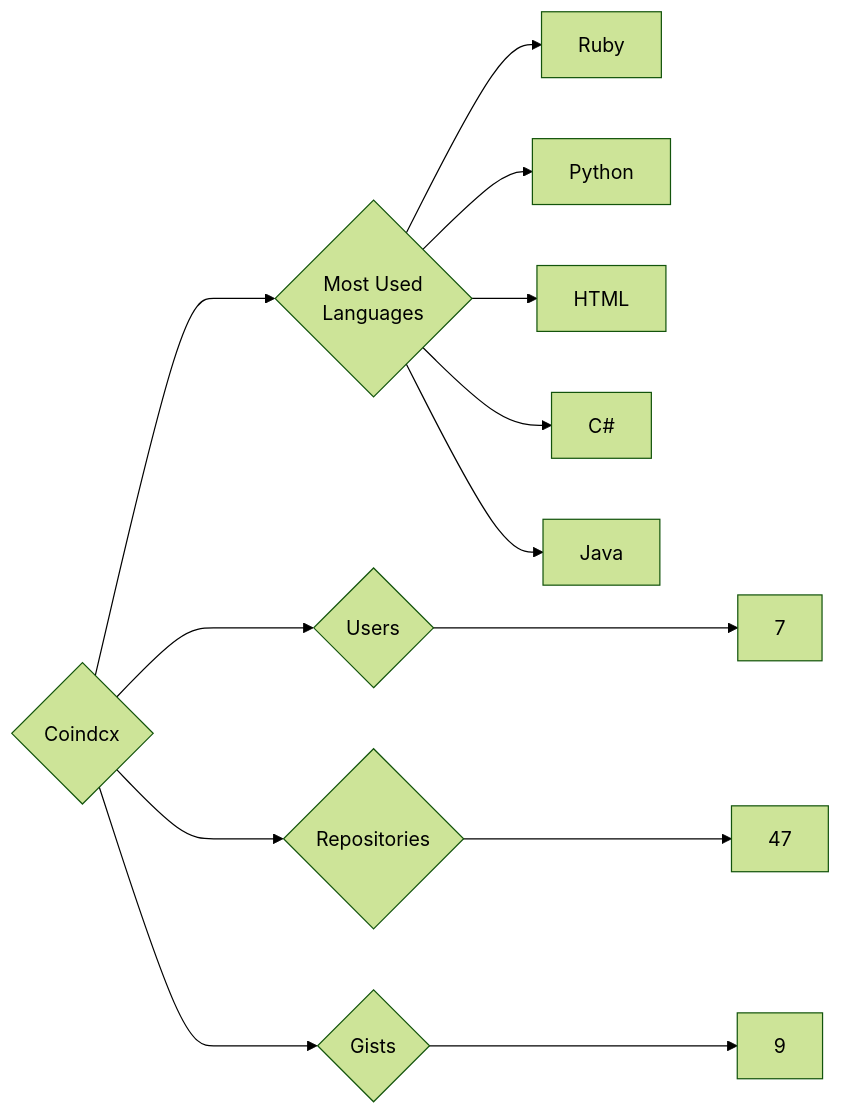
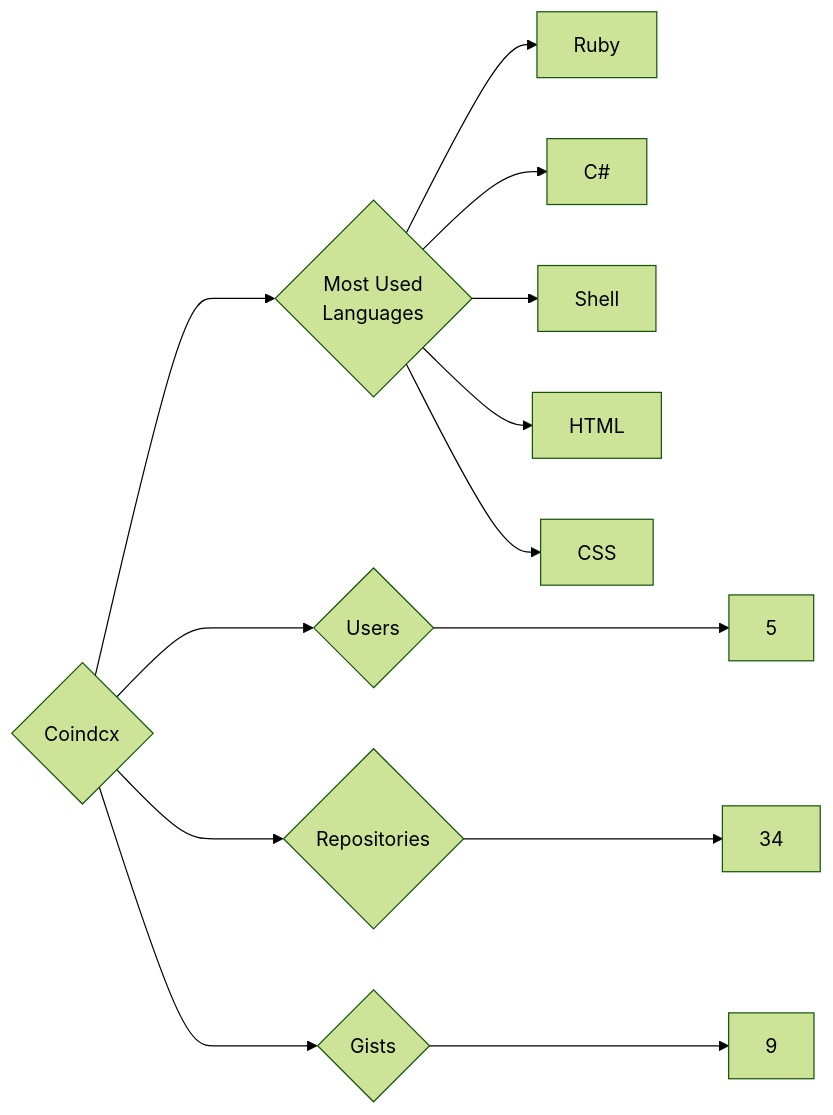
Before and after one commit to trickest/insiders: the diagram in targets/Coindcx/README.md, drawn with Mermaid (forest theme). The commit also changed 1007 other files, not shown here.

````diff
--- a/targets/Coindcx/README.md
+++ b/targets/Coindcx/README.md
@@ -3,13 +3,13 @@
 ```mermaid
 graph LR
 COMPANY_NAME{Coindcx}
-COMPANY_NAME ---> U{Users} ---> UN[7]
-COMPANY_NAME ---> R{Repositories} ---> RN[47]
+COMPANY_NAME ---> U{Users} ---> UN[5]
+COMPANY_NAME ---> R{Repositories} ---> RN[34]
 COMPANY_NAME ---> G{Gists} ---> GN[9]
 COMPANY_NAME ---> ML{Most Used<br>Languages}
 ML --> Ruby[Ruby]
-ML --> Python[Python]
+ML --> C#[C#]
+ML --> Shell[Shell]
 ML --> HTML[HTML]
-ML --> C#[C#]
-ML --> Java[Java]
+ML --> CSS[CSS]
 ```
````
